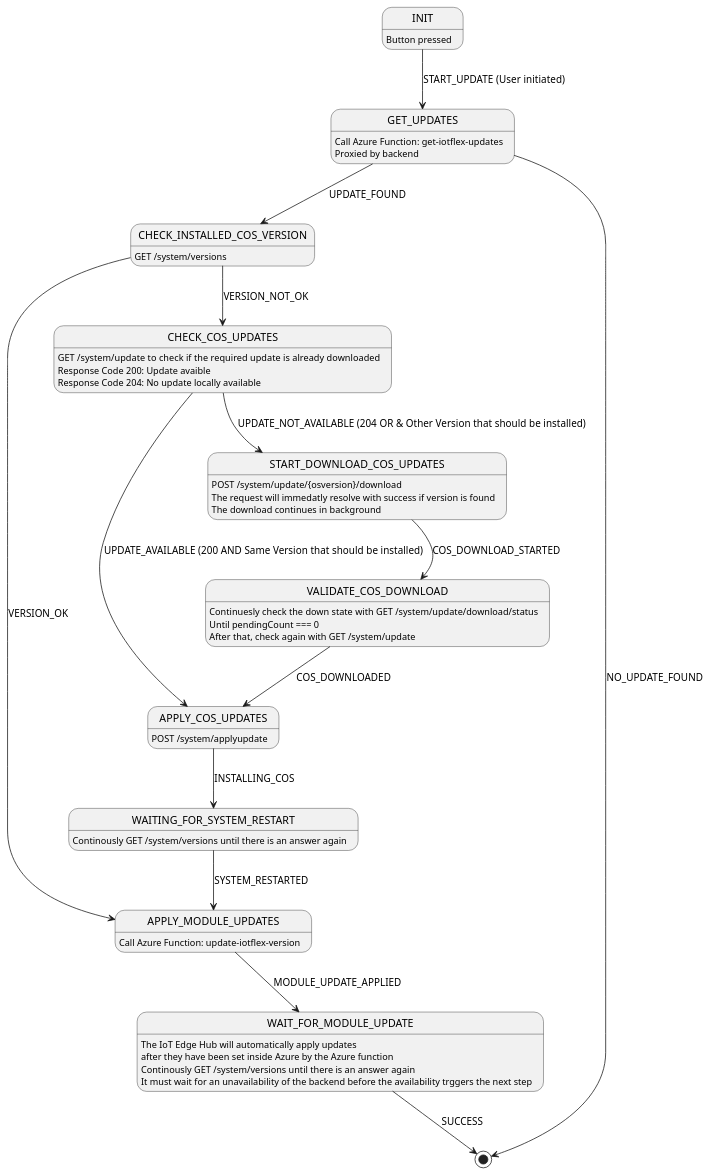
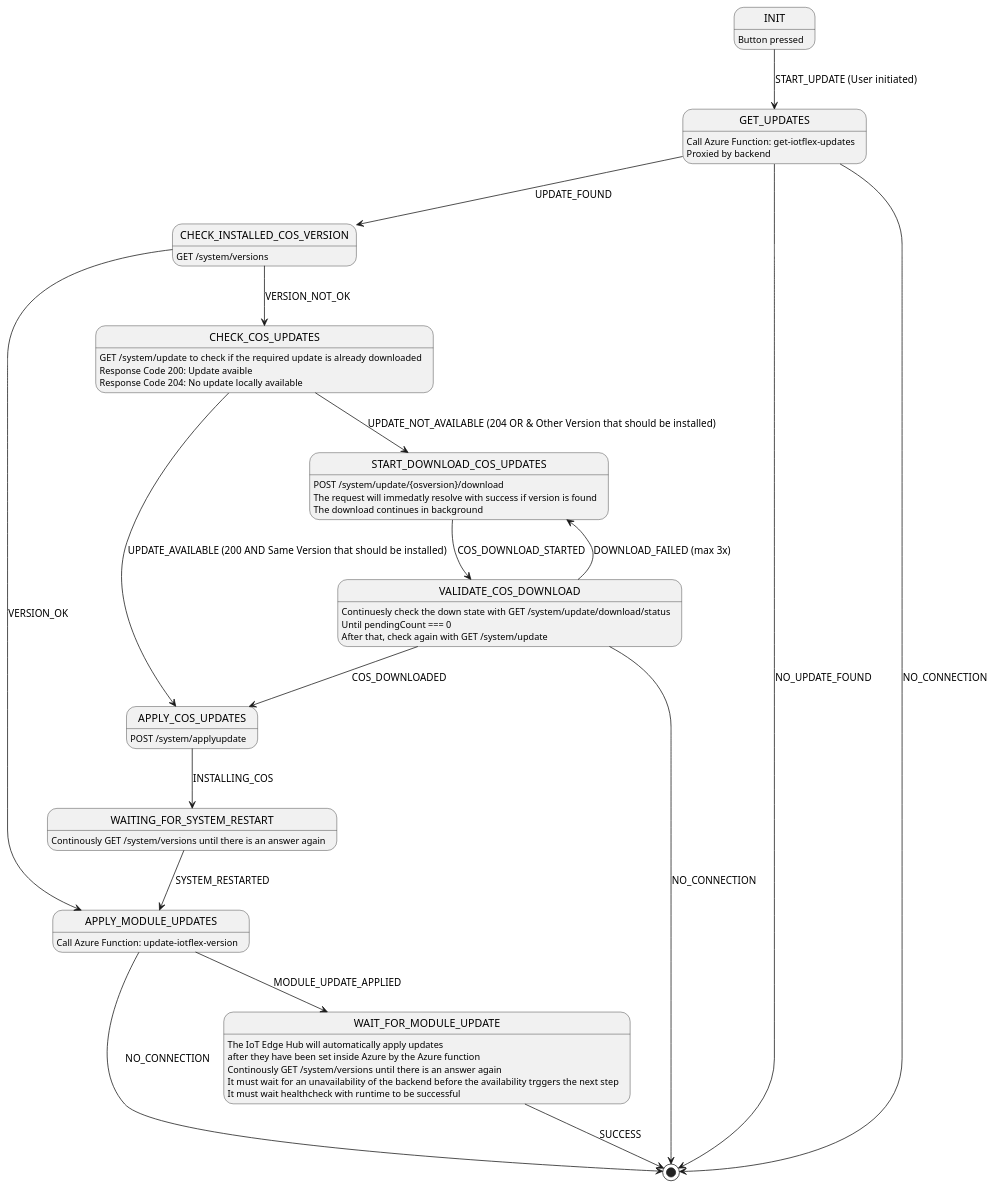
Before and after one commit to Vunnupyx/clight: the diagram in developer-docs/state-diagramms/cos-update.plantuml, drawn with PlantUML.

Commit message:
updates state machine diagram with retry download and no_connection error cases

```diff
--- a/developer-docs/state-diagramms/cos-update.plantuml
+++ b/developer-docs/state-diagramms/cos-update.plantuml
@@ -1,38 +1,43 @@
 @startuml COS Update
 
 
 INIT --> GET_UPDATES :  START_UPDATE (User initiated)
 INIT : Button pressed
 GET_UPDATES --> CHECK_INSTALLED_COS_VERSION : UPDATE_FOUND
 GET_UPDATES --> [*] : NO_UPDATE_FOUND
 GET_UPDATES : Call Azure Function: get-iotflex-updates
 GET_UPDATES : Proxied by backend
+GET_UPDATES --> [*] : NO_CONNECTION
 CHECK_INSTALLED_COS_VERSION --> APPLY_MODULE_UPDATES : VERSION_OK
 CHECK_INSTALLED_COS_VERSION : GET /system/versions
 CHECK_INSTALLED_COS_VERSION --> CHECK_COS_UPDATES : VERSION_NOT_OK
 CHECK_COS_UPDATES : GET  /system/update to check if the required update is already downloaded
 CHECK_COS_UPDATES : Response Code 200: Update avaible
 CHECK_COS_UPDATES : Response Code 204: No update locally available
 CHECK_COS_UPDATES --> APPLY_COS_UPDATES : UPDATE_AVAILABLE (200 AND Same Version that should be installed)
 APPLY_COS_UPDATES : POST /system/applyupdate 
 CHECK_COS_UPDATES --> START_DOWNLOAD_COS_UPDATES : UPDATE_NOT_AVAILABLE (204 OR & Other Version that should be installed)
 START_DOWNLOAD_COS_UPDATES : POST /system/update/{osversion}/download
 START_DOWNLOAD_COS_UPDATES : The request will immedatly resolve with success if version is found
 START_DOWNLOAD_COS_UPDATES : The download continues in background
 START_DOWNLOAD_COS_UPDATES --> VALIDATE_COS_DOWNLOAD : COS_DOWNLOAD_STARTED
 VALIDATE_COS_DOWNLOAD : Continuesly check the down state with GET /system/update/download/status
 VALIDATE_COS_DOWNLOAD : Until pendingCount === 0
 VALIDATE_COS_DOWNLOAD : After that, check again with GET /system/update
 VALIDATE_COS_DOWNLOAD --> APPLY_COS_UPDATES : COS_DOWNLOADED
+VALIDATE_COS_DOWNLOAD --> START_DOWNLOAD_COS_UPDATES : DOWNLOAD_FAILED (max 3x)
+VALIDATE_COS_DOWNLOAD --> [*] : NO_CONNECTION
 APPLY_COS_UPDATES --> WAITING_FOR_SYSTEM_RESTART :INSTALLING_COS
 WAITING_FOR_SYSTEM_RESTART --> APPLY_MODULE_UPDATES : SYSTEM_RESTARTED
 WAITING_FOR_SYSTEM_RESTART : Continously GET /system/versions until there is an answer again
 APPLY_MODULE_UPDATES --> WAIT_FOR_MODULE_UPDATE : MODULE_UPDATE_APPLIED
 APPLY_MODULE_UPDATES : Call Azure Function: update-iotflex-version
+APPLY_MODULE_UPDATES --> [*] : NO_CONNECTION
 WAIT_FOR_MODULE_UPDATE : The IoT Edge Hub will automatically apply updates
 WAIT_FOR_MODULE_UPDATE : after they have been set inside Azure by the Azure function
 WAIT_FOR_MODULE_UPDATE : Continously GET /system/versions until there is an answer again
 WAIT_FOR_MODULE_UPDATE : It must wait for an unavailability of the backend before the availability trggers the next step
+WAIT_FOR_MODULE_UPDATE : It must wait healthcheck with runtime to be successful
 WAIT_FOR_MODULE_UPDATE --> [*] : SUCCESS
 
 @enduml
```
